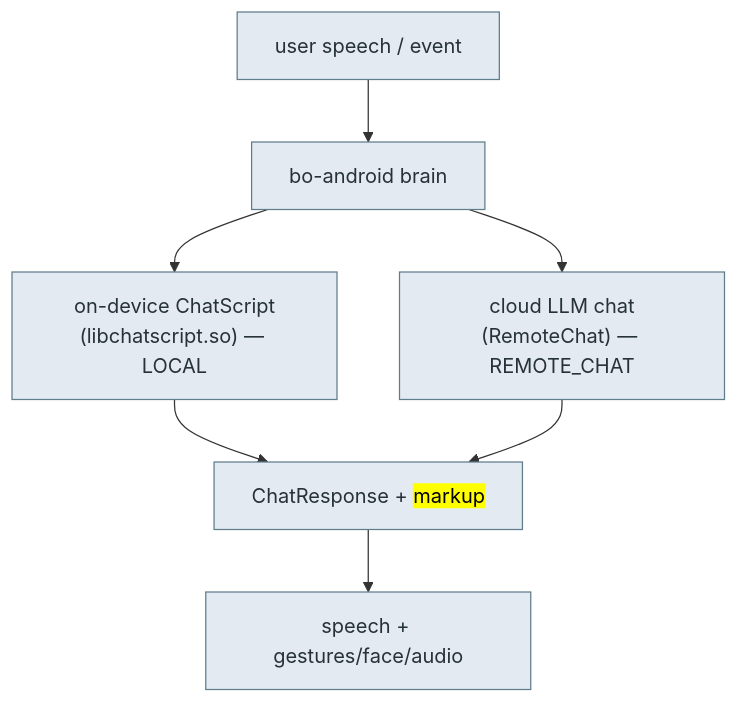
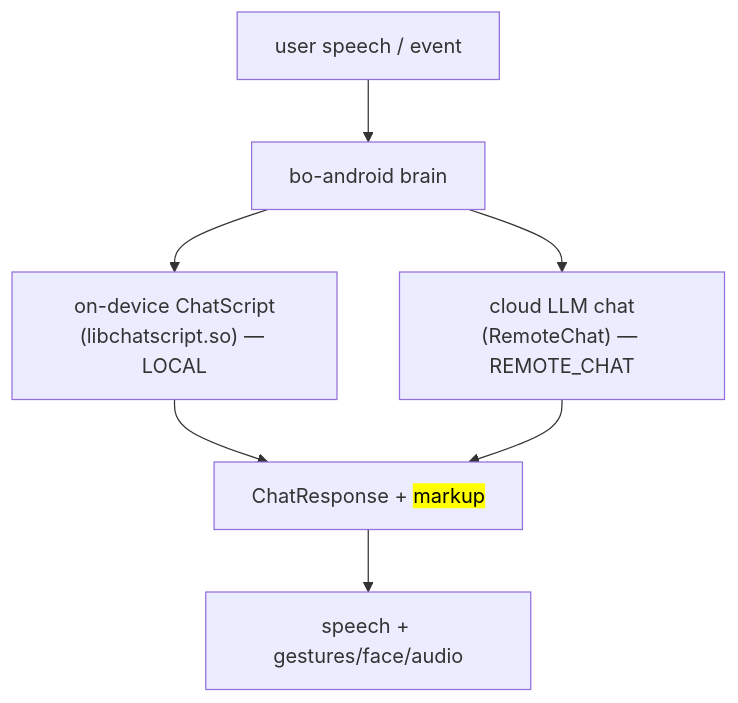
The diagram in docs/reverse-engineering/runtime/content-and-conversation.md (mvalancy/moxie-robot-saver), drawn with Mermaid before and after one commit. The commit also changed other lines of this file and 454 other files, not shown here.

````diff
--- a/docs/reverse-engineering/runtime/content-and-conversation.md
+++ b/docs/reverse-engineering/runtime/content-and-conversation.md
@@ -12,10 +13,8 @@
 ```mermaid
 flowchart TB
   user["user speech / event"] --> brain["bo-android brain"]
   brain --> cs["on-device ChatScript<br/>(libchatscript.so) — LOCAL"]
   brain --> remote["cloud LLM chat<br/>(RemoteChat) — REMOTE_CHAT"]
   cs & remote --> resp["ChatResponse + <mark cmd:...> markup"]
   resp --> body["speech + gestures/face/audio"]
-  classDef d fill:#e3eaf2,stroke:#607d8b,color:#263238;
-  class user,brain,cs,remote,resp,body d;
 ```
````
